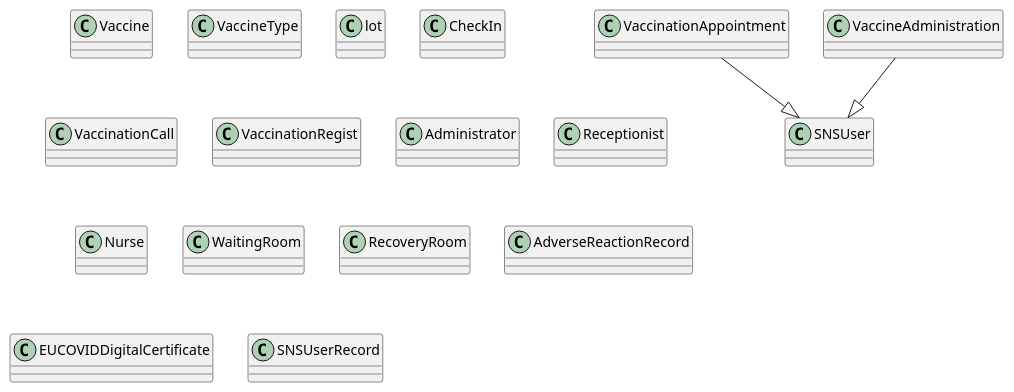
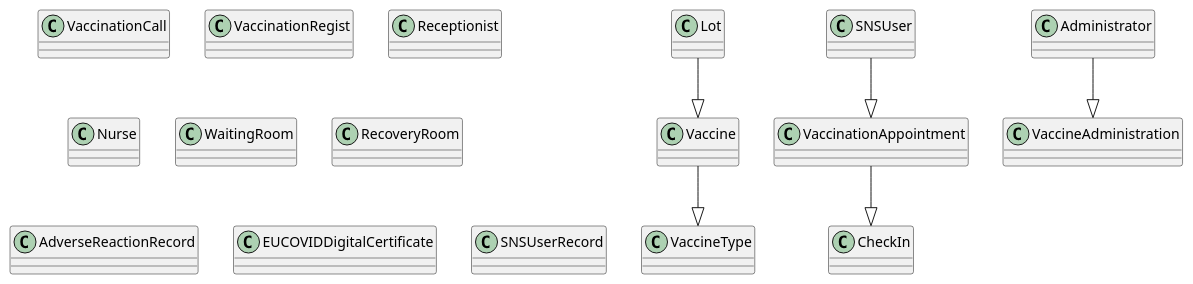
The diagram in sns-base/doc/global/analysis/ucd-puml/ucd-UCD03.pml.puml (rafaafig/SnsTrab), drawn with PlantUML before and after one commit. The commit also changed 1 other file, not shown here.

```diff
--- a/sns-base/doc/global/analysis/ucd-puml/ucd-UCD03.pml.puml
+++ b/sns-base/doc/global/analysis/ucd-puml/ucd-UCD03.pml.puml
@@ -1,63 +1,64 @@
 @startuml
 'skinparam monochrome true
 'skinparam shadowing false
 
 class Vaccine {
 
 }
 
 class VaccineType{
 }
 
-class lot {
+class Lot {
 }
 
 class VaccinationAppointment {
 }
 
 class CheckIn{
 }
 
 class VaccinationCall{
 }
 
 class VaccineAdministration {
 }
 
 class VaccinationRegist {
 }
 
 class Administrator {
 }
 
 class Receptionist {
 }
 
 class Nurse {
 }
 
 class SNSUser {
 }
 
 class WaitingRoom {
 }
 
 class RecoveryRoom {
 }
 
 class AdverseReactionRecord {
 }
 
 class EUCOVIDDigitalCertificate {
 }
 
 class SNSUserRecord {
 }
 
 ' Relationships
-VaccinationAppointment --|> SNSUser
-VaccineAdministration --|> SNSUser
-
-
+Lot --|> Vaccine
+Vaccine --|> VaccineType
+SNSUser --|> VaccinationAppointment
+Administrator --|> VaccineAdministration
+VaccinationAppointment --|> CheckIn
 
 @enduml
```
